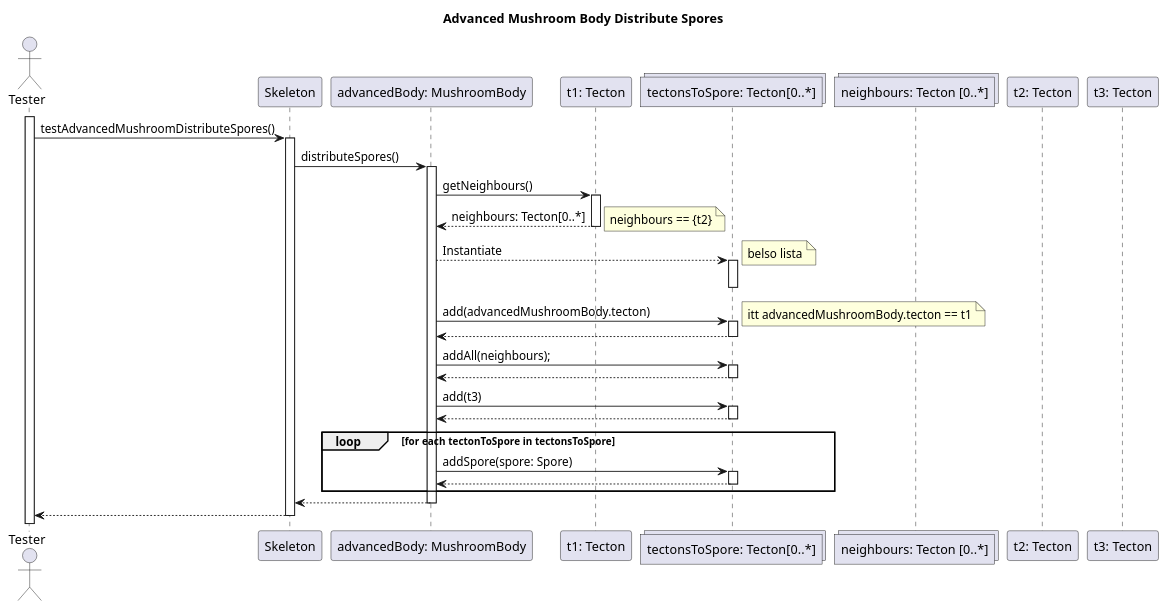
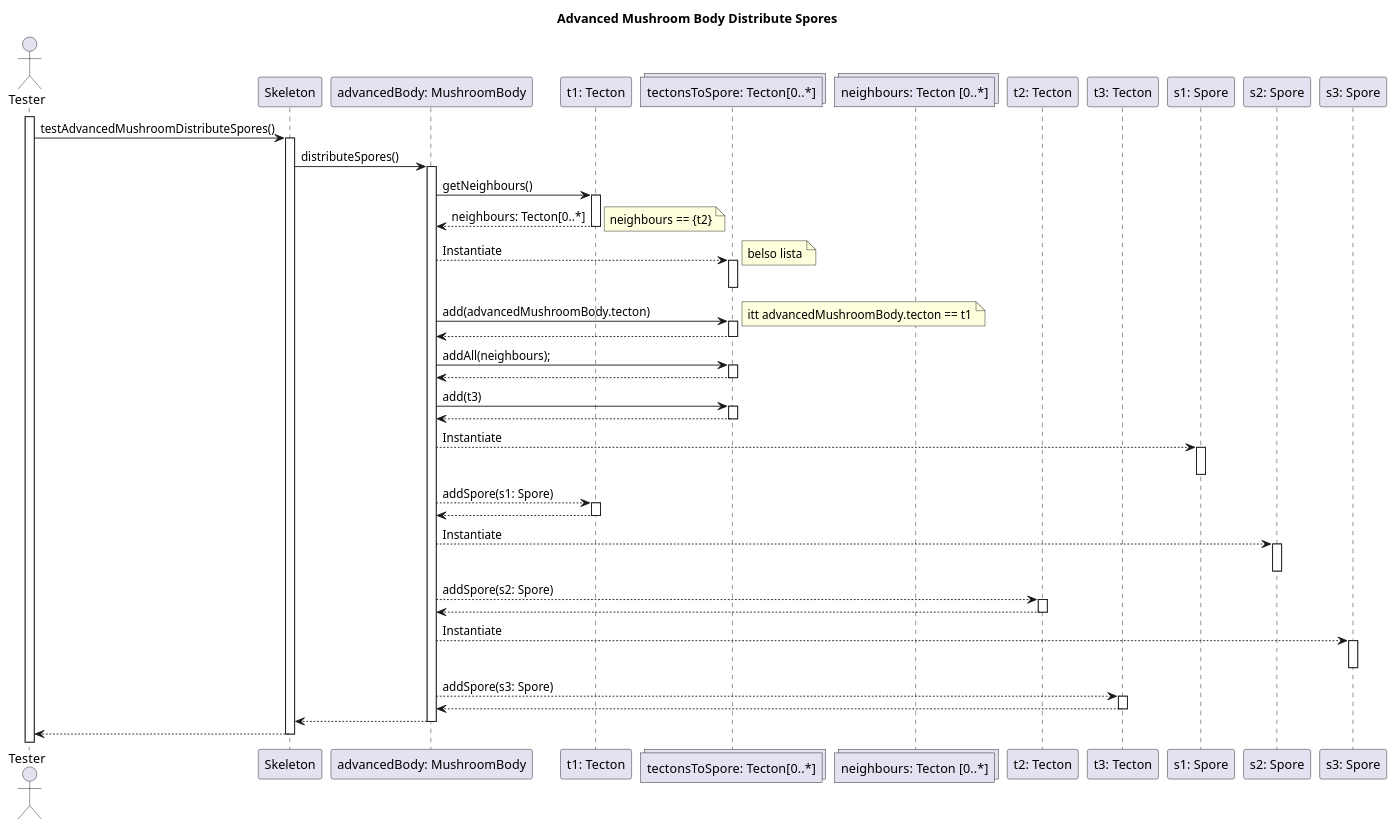
Before and after one commit to dzsem/projlab: the diagram in diagrams/test-sequence/mushroom/advancedMushroomBodyDistributeSpores.wsd, drawn with PlantUML. The commit also changed 2 other files, not shown here.

Commit message:
Added spore initialization to distribute spore sd-s

```diff
--- a/diagrams/test-sequence/mushroom/advancedMushroomBodyDistributeSpores.wsd
+++ b/diagrams/test-sequence/mushroom/advancedMushroomBodyDistributeSpores.wsd
@@ -1,90 +1,123 @@
 @startuml Advanced Mushroom Body Distribute Spores
 
 title Advanced Mushroom Body Distribute Spores
 
 actor "Tester" as tester
 
 participant "Skeleton" as skeleton
 
 participant "advancedBody: MushroomBody" as amb
 
 participant "t1: Tecton" as t1
 
 activate tester
 
 collections "tectonsToSpore: Tecton[0..*]" as tectons
 collections "neighbours: Tecton [0..*]"
 participant "t2: Tecton" as t2
 participant "t3: Tecton" as t3
+
+participant "s1: Spore" as s1
+participant "s2: Spore" as s2
+participant "s3: Spore" as s3
 
 tester -> skeleton: testAdvancedMushroomDistributeSpores()
 activate skeleton
 
 skeleton -> amb: distributeSpores() 
 activate amb
 
 ' COPY BEGIN
 
 amb -> t1 : getNeighbours()
 
 activate t1
 t1 --> amb : neighbours: Tecton[0..*]
 note right: neighbours == {t2} 
 deactivate t1
 
 amb --> tectons: Instantiate
 note right: belso lista
 activate tectons
 deactivate tectons
-    
-    amb -> tectons: add(advancedMushroomBody.tecton) 
-    note right: itt advancedMushroomBody.tecton == t1
-    activate tectons
-    tectons --> amb
-    deactivate tectons
-    
-    amb -> tectons: addAll(neighbours);
-    activate tectons
-    tectons --> amb
-    deactivate tectons
+
+amb -> tectons: add(advancedMushroomBody.tecton) 
+note right: itt advancedMushroomBody.tecton == t1
+activate tectons
+tectons --> amb
+deactivate tectons
+
+amb -> tectons: addAll(neighbours);
+activate tectons
+tectons --> amb
+deactivate tectons
 
     ' Could not use
     ' opt body.age >= advancedAge
     '     loop for each neighbour in neighbours
     '         opt !tectonsToSpore.contains(neighbour)
     '             body -> tectons: tectonsToSpore.add(neighbourOfNeighbour)
     '             activate tectons
     '             tectons --> body
     '             deactivate tectons
     '         end
     '     end
     ' end
 
-    amb -> tectons: add(t3)
-    activate tectons
-    tectons --> amb
-    deactivate tectons
+amb -> tectons: add(t3)
+activate tectons
+tectons --> amb
+deactivate tectons
 
-    loop for each tectonToSpore in tectonsToSpore
-        amb -> tectons : addSpore(spore: Spore)
-        activate tectons
-        tectons --> amb 
-        deactivate tectons
-    end
+    ' Could not use
+    ' loop for each tectonToSpore in tectonsToSpore
+    ' amb -> tectons : addSpore(spore: Spore)
+    ' activate tectons
+    ' tectons --> amb 
+    ' deactivate tectons
+    ' end
+
+amb --> s1: Instantiate
+activate s1
+deactivate s1
+
+amb --> t1: addSpore(s1: Spore)
+activate t1
+t1 --> amb
+deactivate t1
+
+amb --> s2: Instantiate
+activate s2
+deactivate s2
+
+amb --> t2: addSpore(s2: Spore)
+activate t2
+t2 --> amb
+deactivate t2
+
+amb --> s3: Instantiate
+activate s3
+deactivate s3
+
+amb --> t3: addSpore(s3: Spore)
+activate t3
+t3 --> amb
+deactivate t3
+
 
     ' Not part of the test-case
     ' opt body.remainingSpore == 0
     '     body -> tecton : removeBody(body)
     '     activate tecton
     '     tecton --> body
     '     deactivate tecton
     ' end
 ' COPY END
 
 amb --> skeleton
 deactivate amb
 
 skeleton --> tester
 deactivate skeleton
 
 @enduml
```
